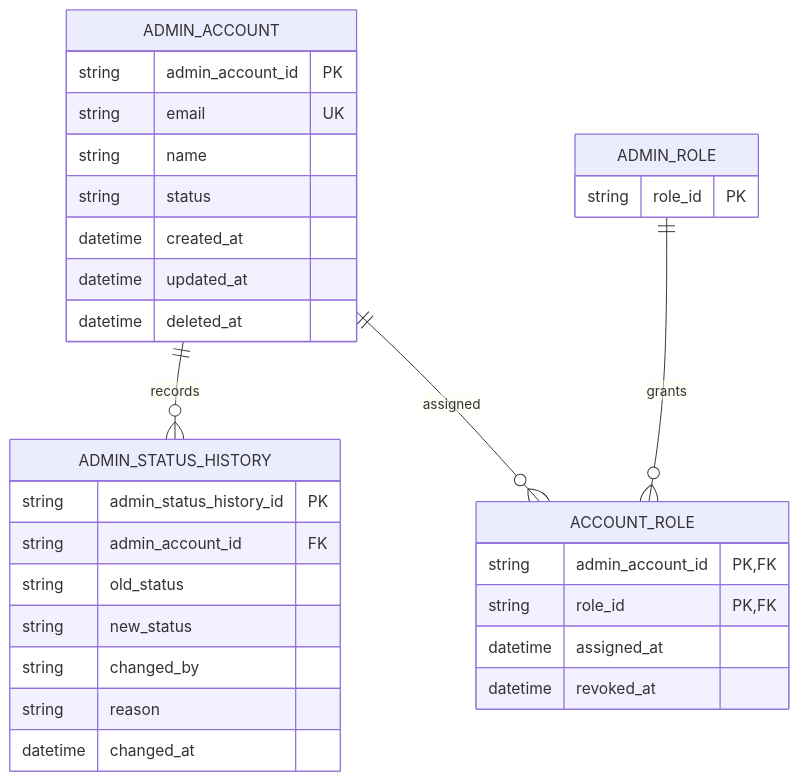
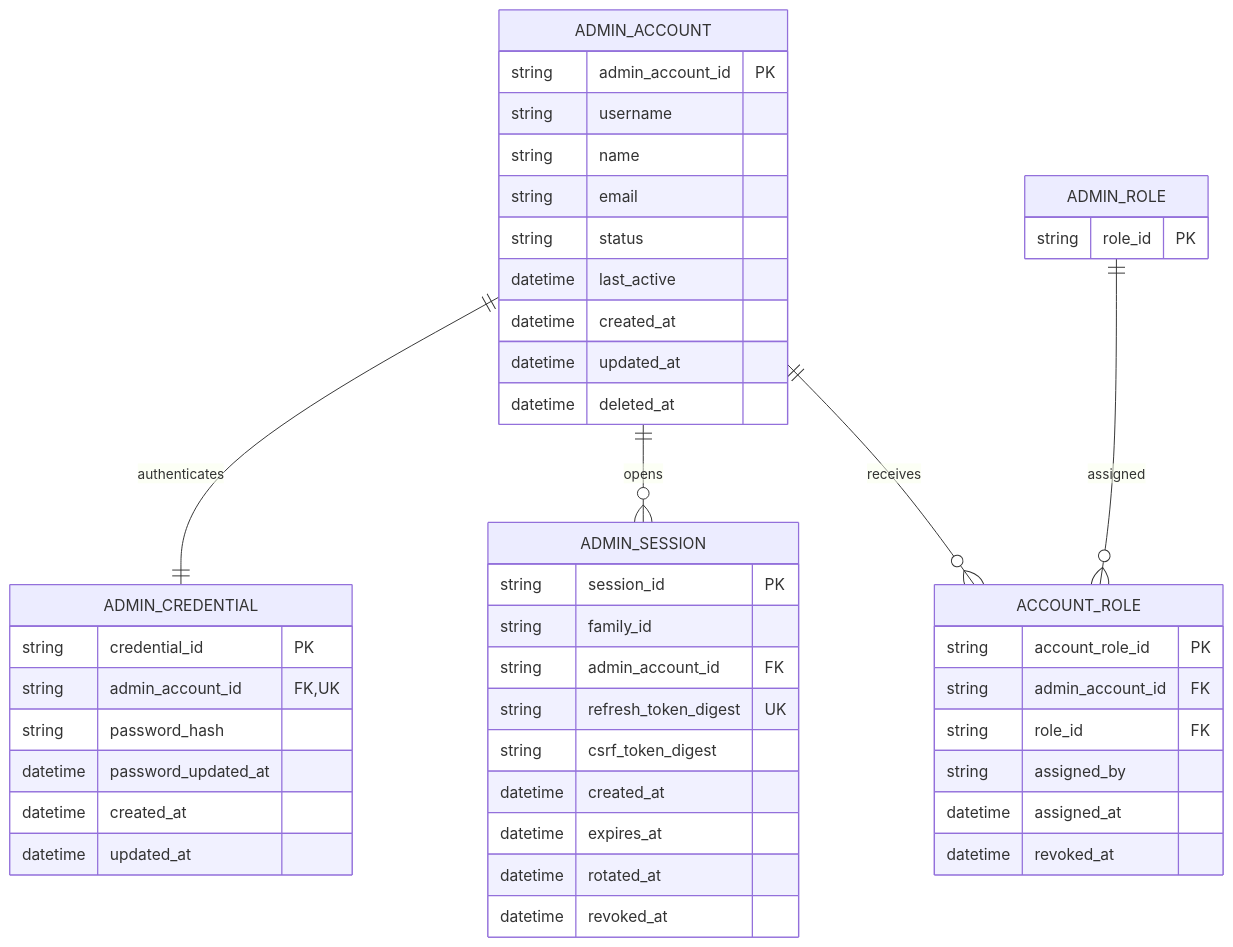
The diagram in sprint-1/erd/admin-account-erd.md (fatihmuhamadridho/docs-game-service-platform), drawn with Mermaid before and after one commit. The commit also changed other lines of this file and 32 other files, not shown here.

````diff
--- a/sprint-1/erd/admin-account-erd.md
+++ b/sprint-1/erd/admin-account-erd.md
@@ -9,34 +9,49 @@
 ```mermaid
 erDiagram
-    ADMIN_ACCOUNT ||--o{ ADMIN_STATUS_HISTORY : records
-    ADMIN_ACCOUNT ||--o{ ACCOUNT_ROLE : assigned
-    ADMIN_ROLE ||--o{ ACCOUNT_ROLE : grants
+    ADMIN_ACCOUNT ||--|| ADMIN_CREDENTIAL : authenticates
+    ADMIN_ACCOUNT ||--o{ ADMIN_SESSION : opens
+    ADMIN_ACCOUNT ||--o{ ACCOUNT_ROLE : receives
+    ADMIN_ROLE ||--o{ ACCOUNT_ROLE : assigned
 
     ADMIN_ACCOUNT {
         string admin_account_id PK
-        string email UK
+        string username
         string name
+        string email
         string status
+        datetime last_active
         datetime created_at
         datetime updated_at
         datetime deleted_at
     }
-    ADMIN_STATUS_HISTORY {
-        string admin_status_history_id PK
+    ADMIN_CREDENTIAL {
+        string credential_id PK
+        string admin_account_id FK, UK
+        string password_hash
+        datetime password_updated_at
+        datetime created_at
+        datetime updated_at
+    }
+    ADMIN_SESSION {
+        string session_id PK
+        string family_id
         string admin_account_id FK
-        string old_status
-        string new_status
-        string changed_by
-        string reason
-        datetime changed_at
+        string refresh_token_digest UK
+        string csrf_token_digest
+        datetime created_at
+        datetime expires_at
+        datetime rotated_at
+        datetime revoked_at
     }
     ADMIN_ROLE {
         string role_id PK
     }
     ACCOUNT_ROLE {
-        string admin_account_id PK, FK
-        string role_id PK, FK
+        string account_role_id PK
+        string admin_account_id FK
+        string role_id FK
+        string assigned_by
         datetime assigned_at
         datetime revoked_at
     }
 ```
````
